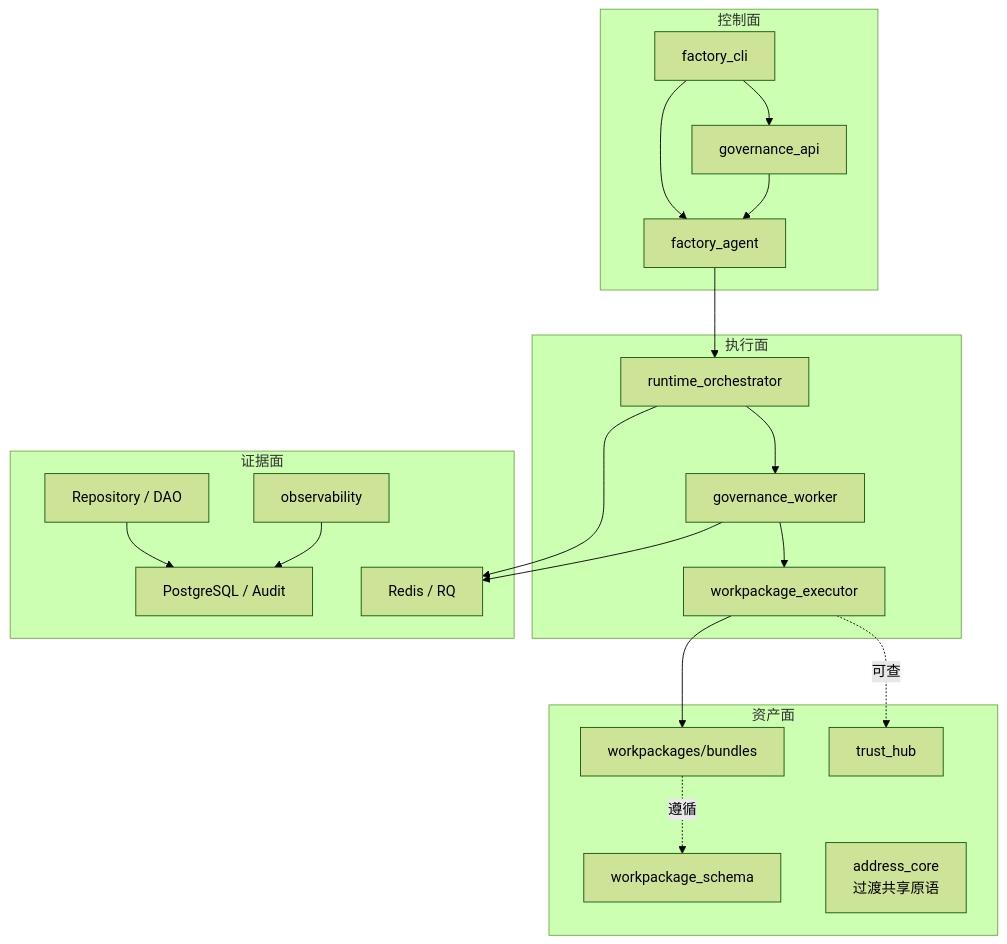
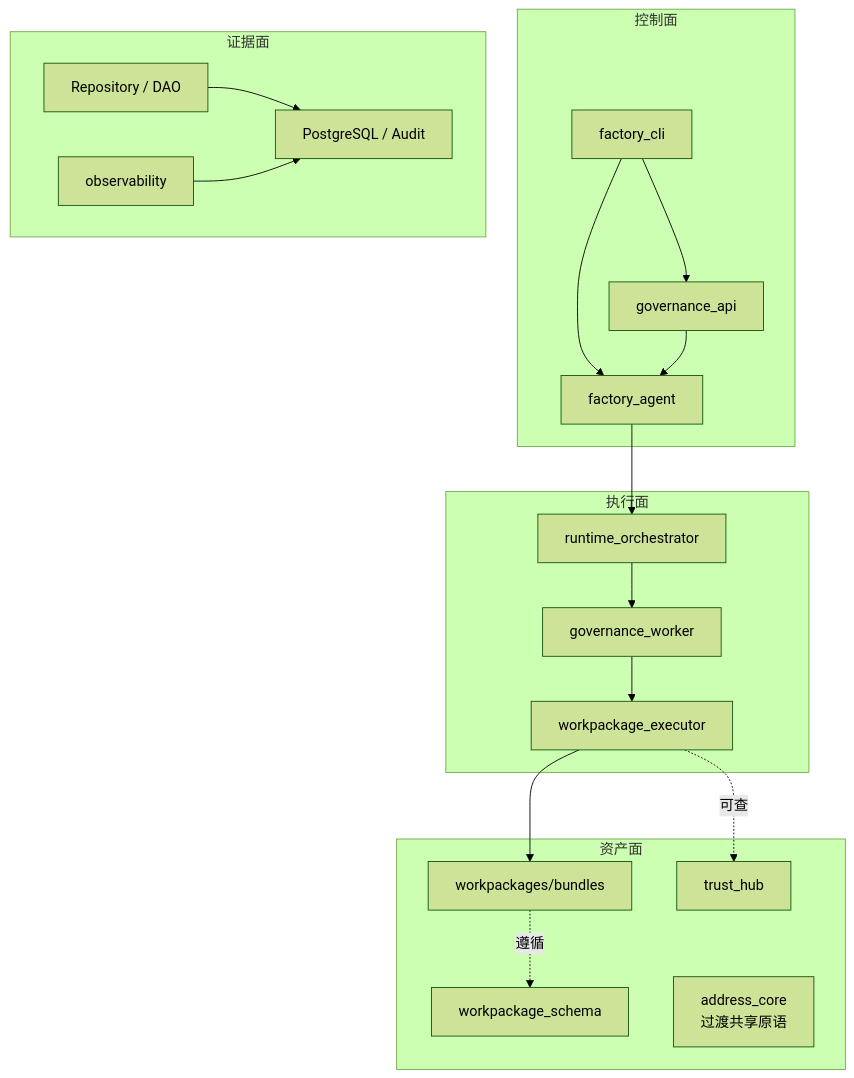
The diagram in docs/02_总体架构/模块边界.md (dony-hu/spatial-intelligence-data-factory), drawn with Mermaid (forest theme) before and after one commit. The commit also changed other lines of this file and 15 other files, not shown here.

````diff
--- a/docs/02_总体架构/模块边界.md
+++ b/docs/02_总体架构/模块边界.md
@@ -23,42 +23,39 @@
 ```mermaid
 flowchart TD
   subgraph CP["控制面"]
     CLI["factory_cli"]
     API["governance_api"]
     AGENT["factory_agent"]
   end
 
   subgraph EP["执行面"]
     ORCH["runtime_orchestrator"]
     WORKER["governance_worker"]
     EXEC["workpackage_executor"]
   end
 
   subgraph AP["资产面"]
     BUNDLE["workpackages/bundles"]
     SCHEMA["workpackage_schema"]
     TRUST["trust_hub"]
     CORE["address_core\n过渡共享原语"]
   end
 
   subgraph XP["证据面"]
     REPO["Repository / DAO"]
     OBS["observability"]
     DB["PostgreSQL / Audit"]
-    QUEUE["Redis / RQ"]
   end
 
   CLI --> AGENT
   CLI --> API
   API --> AGENT
   AGENT --> ORCH
   ORCH --> WORKER
   WORKER --> EXEC
   EXEC --> BUNDLE
   BUNDLE -. 遵循 .-> SCHEMA
   EXEC -. 可查 .-> TRUST
   REPO --> DB
-  ORCH --> QUEUE
-  WORKER --> QUEUE
   OBS --> DB
 ```
````
